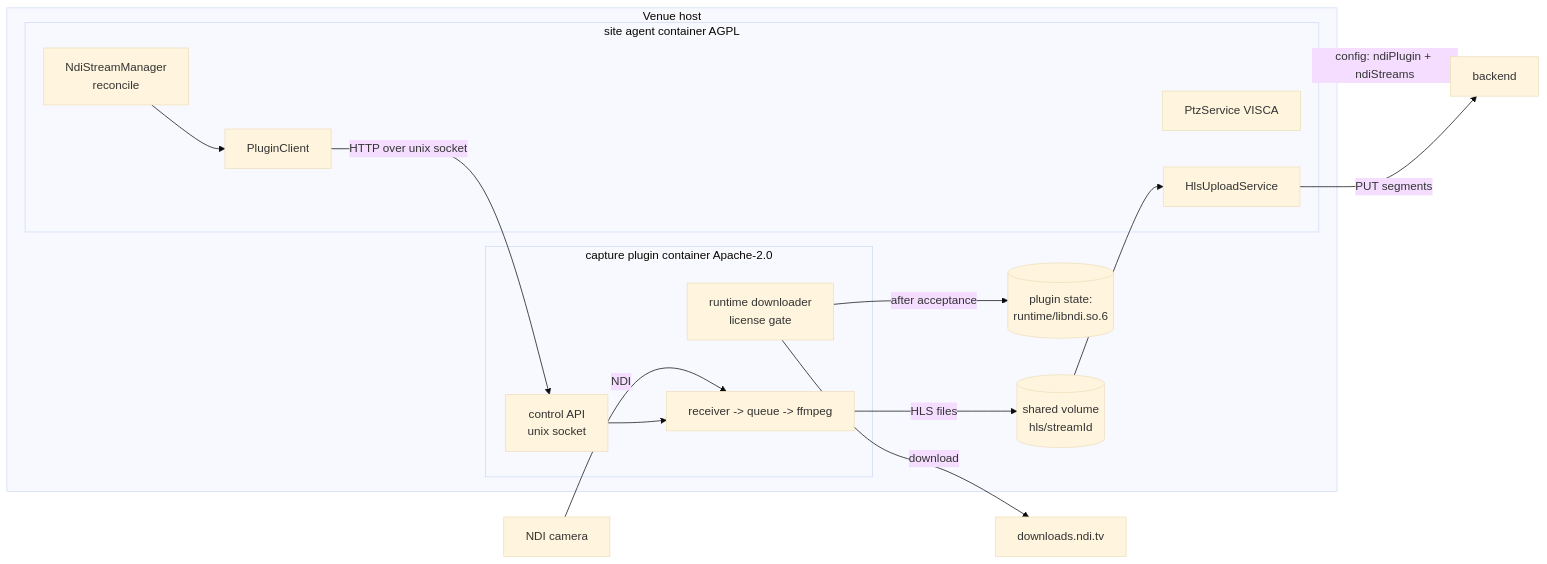
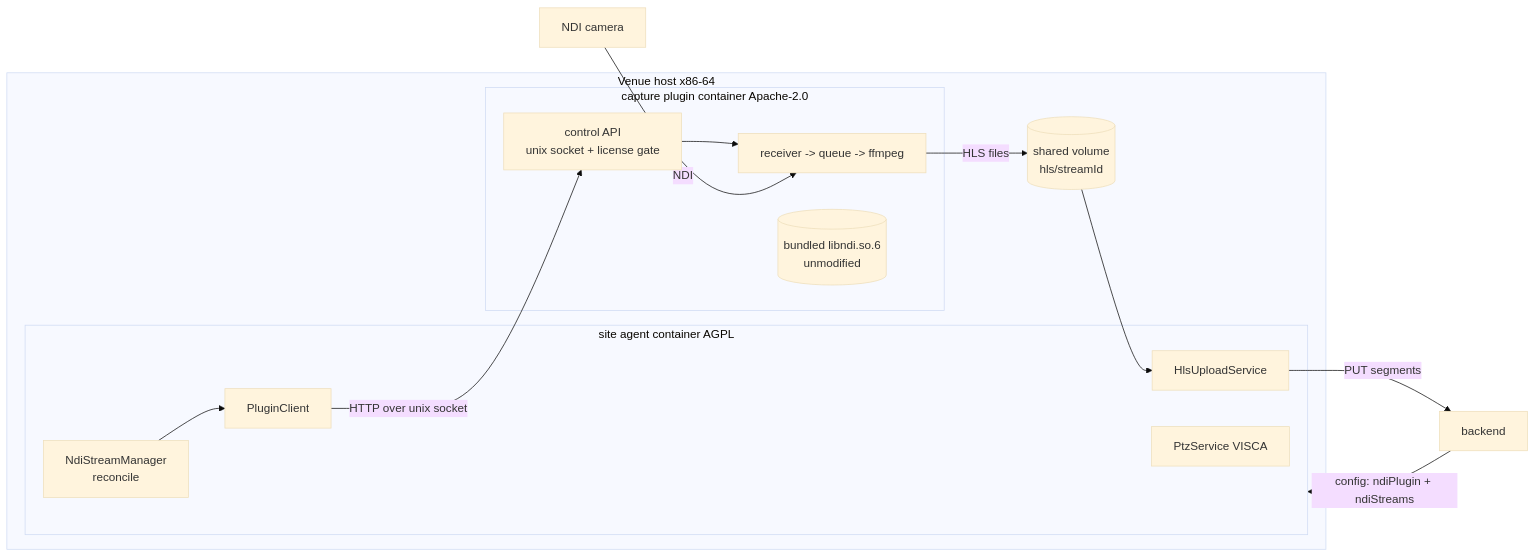
The diagram in docs/ndi-plugin-plan.md (Flo-Schilli/mynextscreen), drawn with Mermaid (base theme) before and after one commit. The commit also changed other lines of this file and 1 other file, not shown here.

Commit message:
docs: NDI plugin plan after phase 0 (bundled runtime, x86-64 only)

````diff
--- a/docs/ndi-plugin-plan.md
+++ b/docs/ndi-plugin-plan.md
@@ -28,22 +74,20 @@
 ```mermaid
 flowchart LR
-  subgraph Venue host
+  subgraph Venue host x86-64
     subgraph agent[site agent container AGPL]
       M[NdiStreamManager<br/>reconcile] --> PC[PluginClient]
       U[HlsUploadService]
       P[PtzService VISCA]
     end
     subgraph plugin[capture plugin container Apache-2.0]
-      API[control API<br/>unix socket] --> PIPE[receiver -> queue -> ffmpeg]
-      DL[runtime downloader<br/>license gate]
+      API[control API<br/>unix socket + license gate] --> PIPE[receiver -> queue -> ffmpeg]
+      LIB[(bundled libndi.so.6<br/>unmodified)]
     end
     PC -- HTTP over unix socket --> API
     PIPE -- HLS files --> VOL[(shared volume<br/>hls/streamId)]
     VOL --> U
-    DL -- after acceptance --> RT[(plugin state:<br/>runtime/libndi.so.6)]
   end
   U -- PUT segments --> BE[backend]
   BE -- config: ndiPlugin + ndiStreams --> agent
-  DL -- download --> NDI[downloads.ndi.tv]
   CAM[NDI camera] -- NDI --> PIPE
 ```
````
